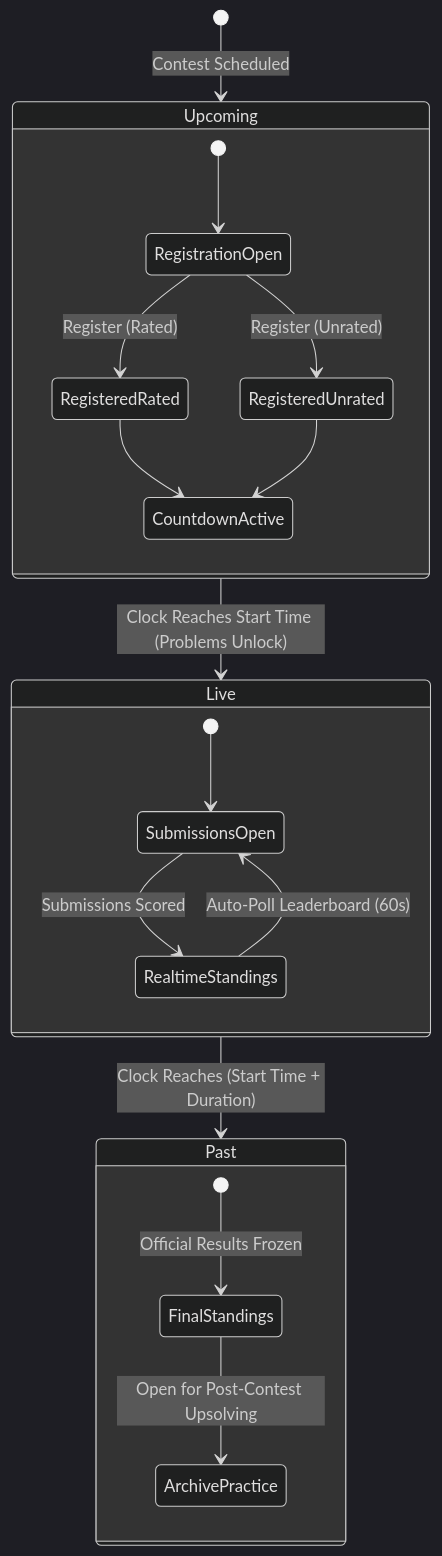
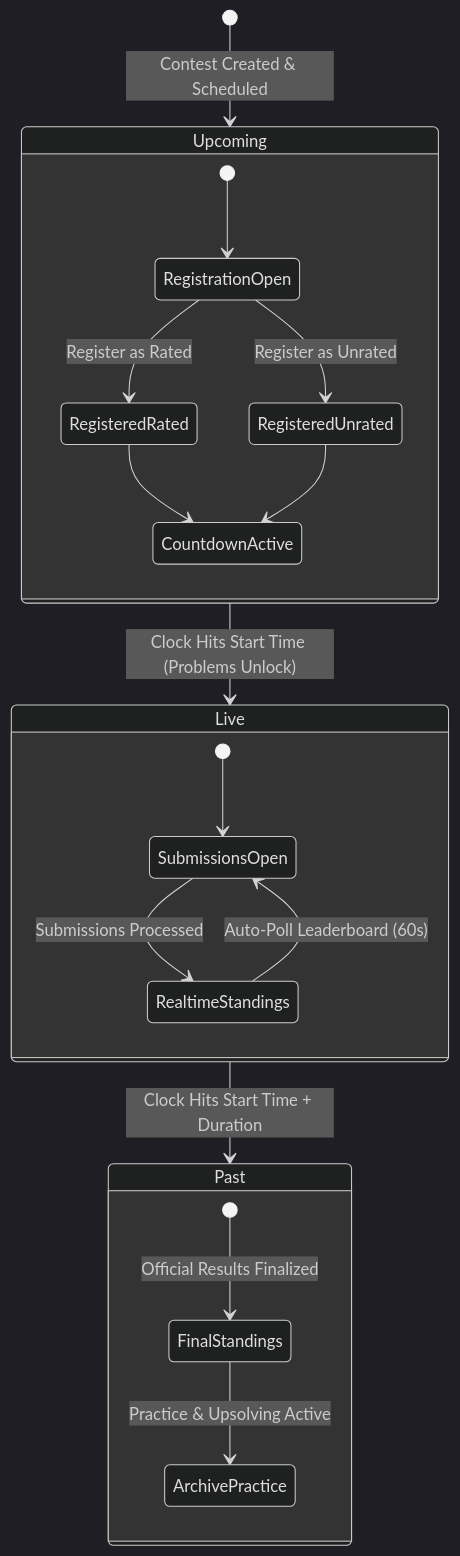
The third of 5 diagrams in README.md (Master-Bruce-Wayne/Code-It-Up), drawn with Mermaid (dark theme) before and after one commit. The commit also changed other lines of this file, not shown here.

First line of the commit message:
docs: modernize README with tech badges and fix Mermaid diagram syntax errors

````diff
--- a/README.md
+++ b/README.md
@@ -133,27 +172,27 @@
 ```mermaid
 stateDiagram-v2
-    [*] --> Upcoming: Contest Scheduled
+    [*] --> Upcoming: Contest Created & Scheduled
     
     state Upcoming {
         [*] --> RegistrationOpen
-        RegistrationOpen --> RegisteredRated: Register (Rated)
-        RegistrationOpen --> RegisteredUnrated: Register (Unrated)
+        RegistrationOpen --> RegisteredRated: Register as Rated
+        RegistrationOpen --> RegisteredUnrated: Register as Unrated
         RegisteredRated --> CountdownActive
         RegisteredUnrated --> CountdownActive
     }
     
-    Upcoming --> Live: Clock Reaches Start Time (Problems Unlock)
+    Upcoming --> Live: Clock Hits Start Time (Problems Unlock)
     
     state Live {
         [*] --> SubmissionsOpen
-        SubmissionsOpen --> RealtimeStandings: Submissions Scored
+        SubmissionsOpen --> RealtimeStandings: Submissions Processed
         RealtimeStandings --> SubmissionsOpen: Auto-Poll Leaderboard (60s)
     }
     
-    Live --> Past: Clock Reaches (Start Time + Duration)
+    Live --> Past: Clock Hits Start Time + Duration
     
     state Past {
-        [*] --> FinalStandings: Official Results Frozen
-        FinalStandings --> ArchivePractice: Open for Post-Contest Upsolving
+        [*] --> FinalStandings: Official Results Finalized
+        FinalStandings --> ArchivePractice: Practice & Upsolving Active
     }
 ```
````
